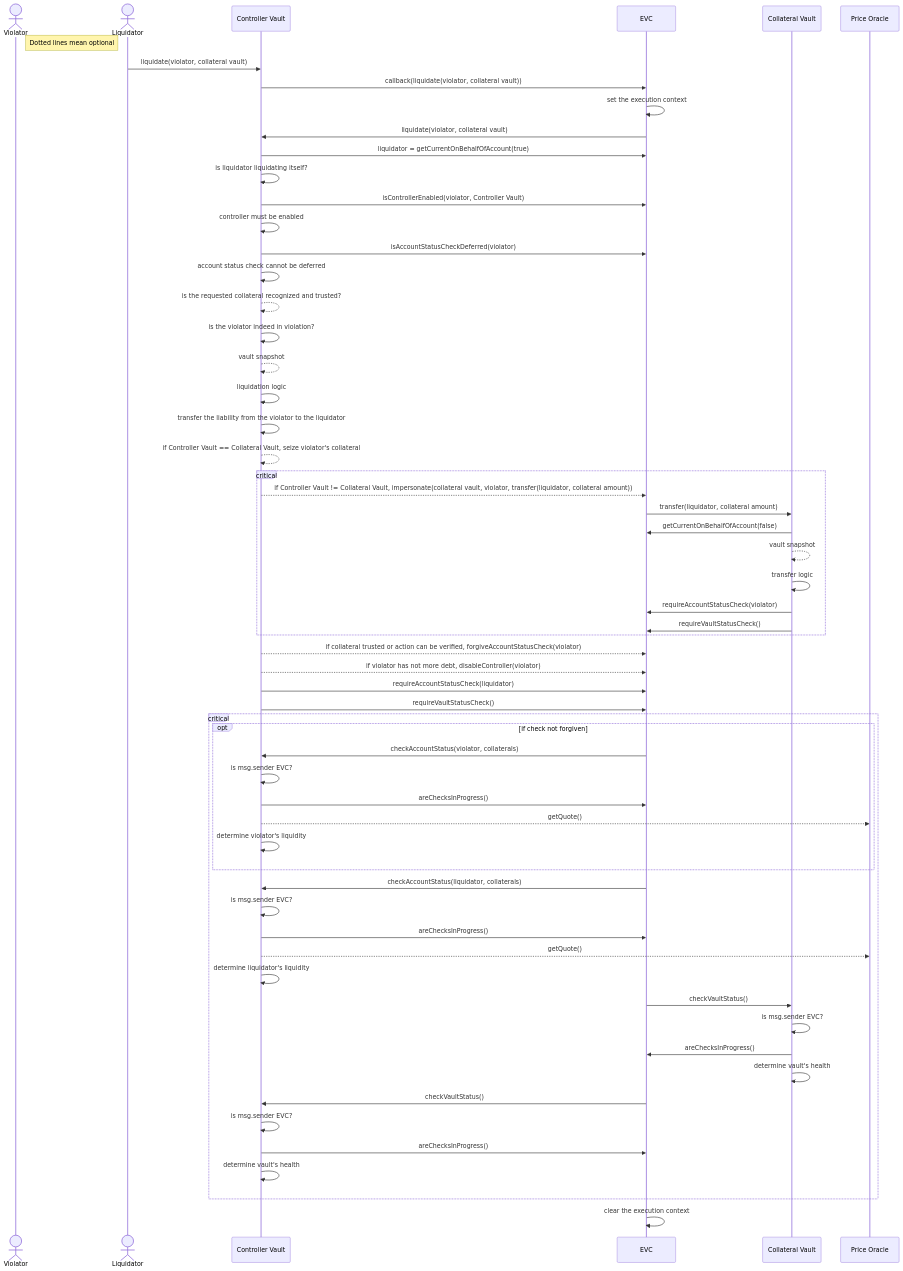
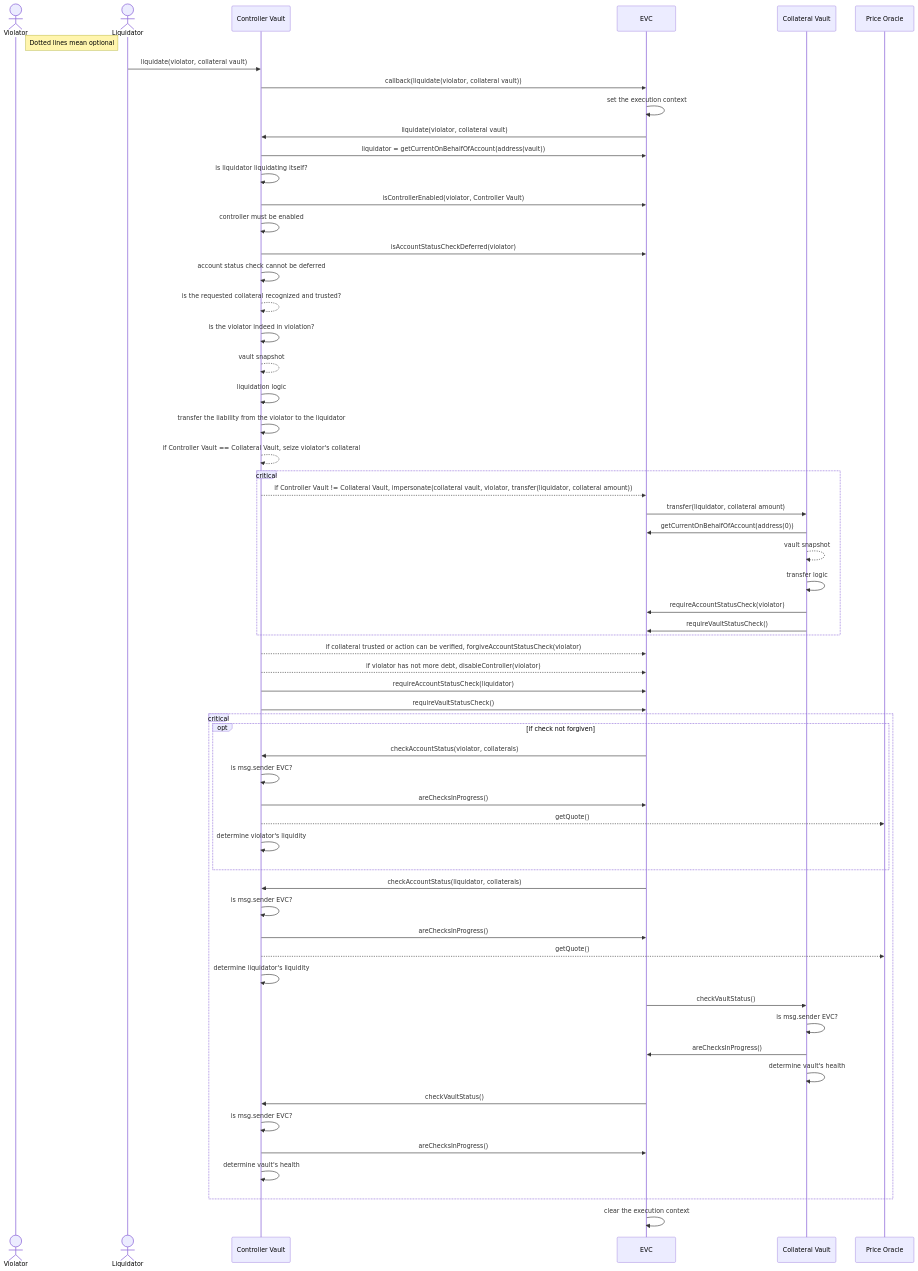
One commit to seinj0312/ethereum-vault-connector changed the diagram in docs/diagrams/Liquidation Interaction Sequence.md. Above: the diagram before and after it, drawn with Mermaid. The commit also changed 7 other files, not shown here.

````diff
--- a/docs/diagrams/Liquidation Interaction Sequence.md
+++ b/docs/diagrams/Liquidation Interaction Sequence.md
@@ -1,71 +1,71 @@
 ```mermaid
 sequenceDiagram
     actor Violator
     Note right of Violator: Dotted lines mean optional
     actor Liquidator
     participant Controller Vault
     participant EVC
     participant Collateral Vault
     participant Price Oracle
 
     Liquidator->>Controller Vault: liquidate(violator, collateral vault)
     Controller Vault->>EVC: callback(liquidate(violator, collateral vault))
     EVC->>EVC: set the execution context
     EVC->>Controller Vault: liquidate(violator, collateral vault)
 
-    Controller Vault->>EVC: liquidator = getCurrentOnBehalfOfAccount(true)
+    Controller Vault->>EVC: liquidator = getCurrentOnBehalfOfAccount(address(vault))
     Controller Vault->>Controller Vault: is liquidator liquidating itself?
     Controller Vault->>EVC: isControllerEnabled(violator, Controller Vault)
     Controller Vault->>Controller Vault: controller must be enabled
     Controller Vault->>EVC: isAccountStatusCheckDeferred(violator)
     Controller Vault->>Controller Vault: account status check cannot be deferred
     Controller Vault-->>Controller Vault: is the requested collateral recognized and trusted?
     Controller Vault->>Controller Vault: is the violator indeed in violation?
     Controller Vault-->>Controller Vault: vault snapshot
     Controller Vault->>Controller Vault: liquidation logic
     Controller Vault->>Controller Vault: transfer the liability from the violator to the liquidator
     Controller Vault-->>Controller Vault: if Controller Vault == Collateral Vault, seize violator's collateral
 
     critical
         Controller Vault-->>EVC: if Controller Vault != Collateral Vault, impersonate(collateral vault, violator, transfer(liquidator, collateral amount))
         EVC->>Collateral Vault: transfer(liquidator, collateral amount)
-        Collateral Vault->>EVC: getCurrentOnBehalfOfAccount(false)
+        Collateral Vault->>EVC: getCurrentOnBehalfOfAccount(address(0))
         Collateral Vault-->>Collateral Vault: vault snapshot
         Collateral Vault->>Collateral Vault: transfer logic
         Collateral Vault->>EVC: requireAccountStatusCheck(violator)
         Collateral Vault->>EVC: requireVaultStatusCheck()
     end
 
     Controller Vault-->>EVC: if collateral trusted or action can be verified, forgiveAccountStatusCheck(violator)
     Controller Vault-->>EVC: if violator has not more debt, disableController(violator)
     Controller Vault->>EVC: requireAccountStatusCheck(liquidator)
     Controller Vault->>EVC: requireVaultStatusCheck()
 
     critical
         opt if check not forgiven
             EVC->>Controller Vault: checkAccountStatus(violator, collaterals)
             Controller Vault->>Controller Vault: is msg.sender EVC?
             Controller Vault->>EVC: areChecksInProgress()
             Controller Vault-->>Price Oracle: getQuote()
             Controller Vault->>Controller Vault: determine violator's liquidity
         end
 
         EVC->>Controller Vault: checkAccountStatus(liquidator, collaterals)
         Controller Vault->>Controller Vault: is msg.sender EVC?
         Controller Vault->>EVC: areChecksInProgress()
         Controller Vault-->>Price Oracle: getQuote()
         Controller Vault->>Controller Vault: determine liquidator's liquidity
 
         EVC->>Collateral Vault: checkVaultStatus()
         Collateral Vault->>Collateral Vault: is msg.sender EVC?
         Collateral Vault->>EVC: areChecksInProgress()
         Collateral Vault->>Collateral Vault: determine vault's health
 
         EVC->>Controller Vault: checkVaultStatus()
         Controller Vault->>Controller Vault: is msg.sender EVC?
         Controller Vault->>EVC: areChecksInProgress()
         Controller Vault->>Controller Vault: determine vault's health
     end
 
     EVC->>EVC: clear the execution context
 ```
````
